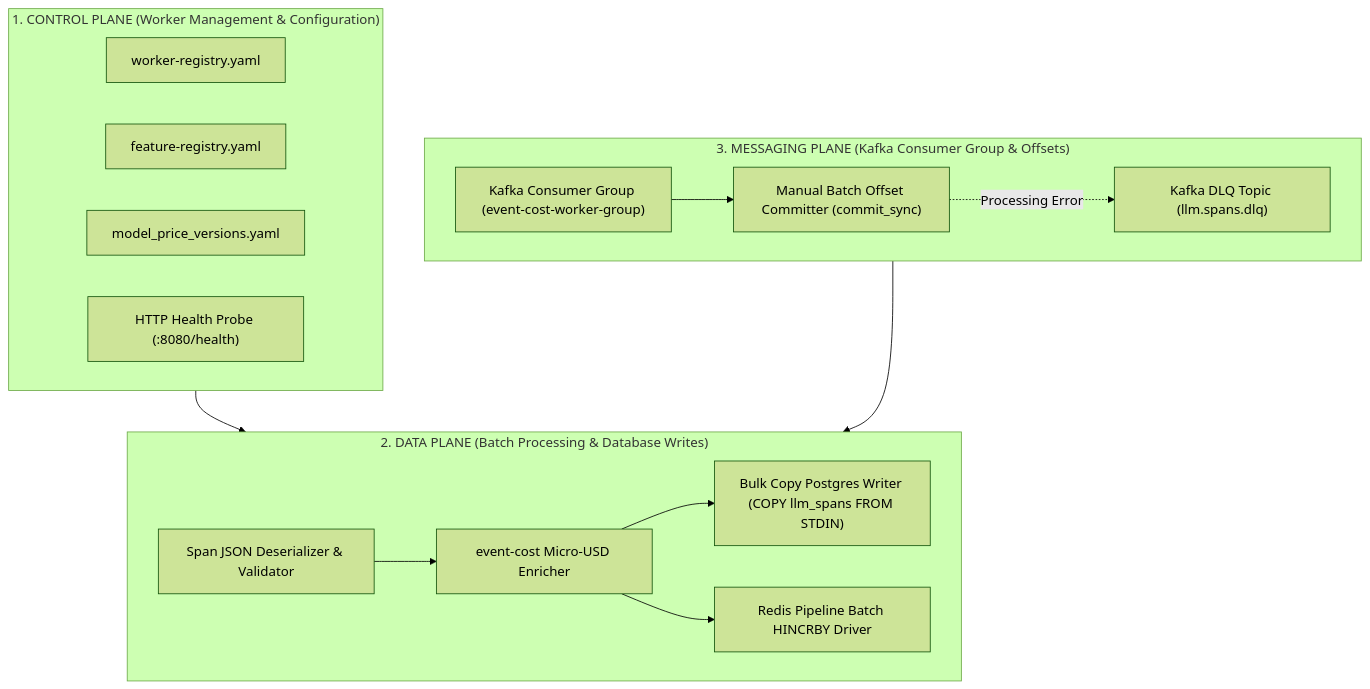
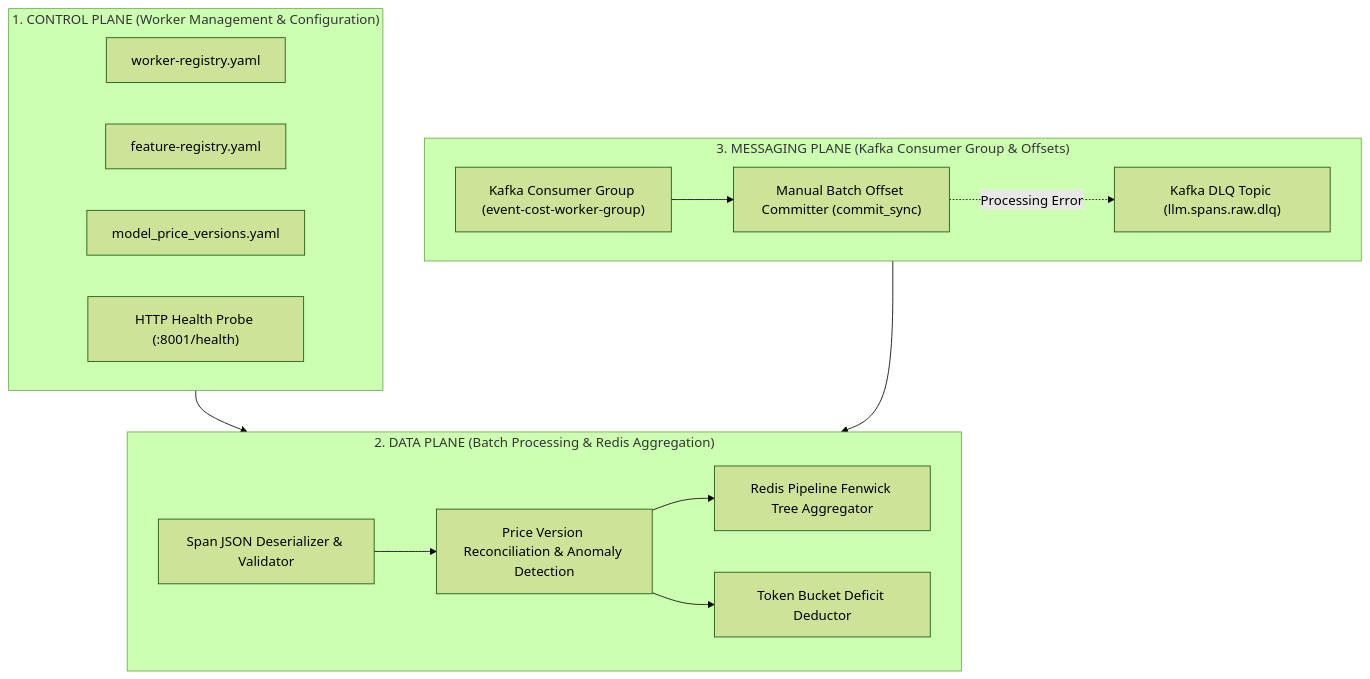
One commit to Chief-Strategist-J/llm-observability-platform changed the second of 3 diagrams in packages/python/event-cost/adr/0002-asynchronous-kafka-event-cost-processing-and-persistence.md. Above: the diagram before and after it, drawn with Mermaid (forest theme). The commit also changed other lines of this file and 86 other files, not shown here.

Commit message:
feat(event-cost): merge event-cost-worker into event-cost package and align with package-structure.md

````diff
--- a/packages/python/event-cost/adr/0002-asynchronous-kafka-event-cost-processing-and-persistence.md
+++ b/packages/python/event-cost/adr/0002-asynchronous-kafka-event-cost-processing-and-persistence.md
@@ -59,32 +59,32 @@
 ```mermaid
 flowchart TD
     subgraph ControlPlane["1. CONTROL PLANE (Worker Management & Configuration)"]
         WorkerRegistry["worker-registry.yaml"]
         FeatureConfig["feature-registry.yaml"]
         ModelVersionConfig["model_price_versions.yaml"]
-        HealthCheckEndpoint["HTTP Health Probe (:8080/health)"]
+        HealthCheckEndpoint["HTTP Health Probe (:8001/health)"]
     end
 
-    subgraph DataPlane["2. DATA PLANE (Batch Processing & Database Writes)"]
+    subgraph DataPlane["2. DATA PLANE (Batch Processing & Redis Aggregation)"]
         SpanParser["Span JSON Deserializer & Validator"]
-        CostEnricher["event-cost Micro-USD Enricher"]
-        PostgresWriter["Bulk Copy Postgres Writer (COPY llm_spans FROM STDIN)"]
-        RedisWriter["Redis Pipeline Batch HINCRBY Driver"]
+        CostReconciler["Price Version Reconciliation & Anomaly Detection"]
+        FenwickWriter["Redis Pipeline Fenwick Tree Aggregator"]
+        TokenBucketWriter["Token Bucket Deficit Deductor"]
 
-        SpanParser --> CostEnricher
-        CostEnricher --> PostgresWriter
-        CostEnricher --> RedisWriter
+        SpanParser --> CostReconciler
+        CostReconciler --> FenwickWriter
+        CostReconciler --> TokenBucketWriter
     end
 
     subgraph MessagingPlane["3. MESSAGING PLANE (Kafka Consumer Group & Offsets)"]
         ConsumerGroup["Kafka Consumer Group (event-cost-worker-group)"]
         OffsetCommit["Manual Batch Offset Committer (commit_sync)"]
-        DlqTopic["Kafka DLQ Topic (llm.spans.dlq)"]
+        DlqTopic["Kafka DLQ Topic (llm.spans.raw.dlq)"]
 
         ConsumerGroup --> OffsetCommit
         OffsetCommit -.->|Processing Error| DlqTopic
     end
 
     ControlPlane --> DataPlane
     MessagingPlane --> DataPlane
 ```
````
